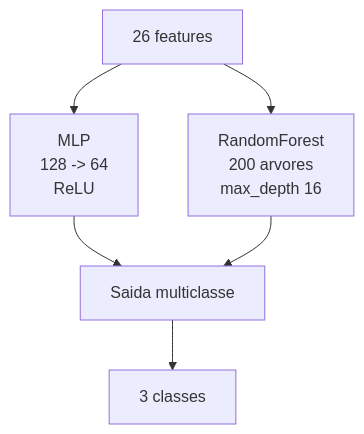
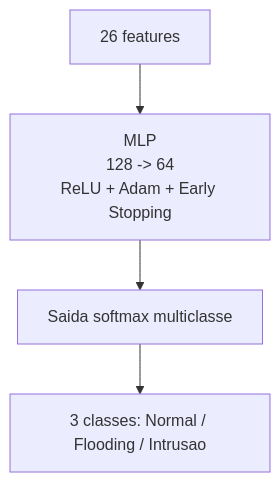
Before and after one commit to Joao-Victor01/sdn_ml_ddos_detection: the fourth of 4 diagrams in docs/documentacao_tecnica_ml.md, drawn with Mermaid. The commit also changed other lines of this file and 55 other files, not shown here.

````diff
--- a/docs/documentacao_tecnica_ml.md
+++ b/docs/documentacao_tecnica_ml.md
@@ -174,8 +168,6 @@
 ```mermaid
 graph TD
-    A[26 features] --> B1[MLP<br/>128 -> 64<br/>ReLU]
-    A --> B2[RandomForest<br/>200 arvores<br/>max_depth 16]
-    B1 --> C[Saida multiclasse]
-    B2 --> C
-    C --> D[3 classes]
+    A[26 features] --> B[MLP<br/>128 -> 64<br/>ReLU + Adam + Early Stopping]
+    B --> C[Saida softmax multiclasse]
+    C --> D[3 classes: Normal / Flooding / Intrusao]
 ```
````
